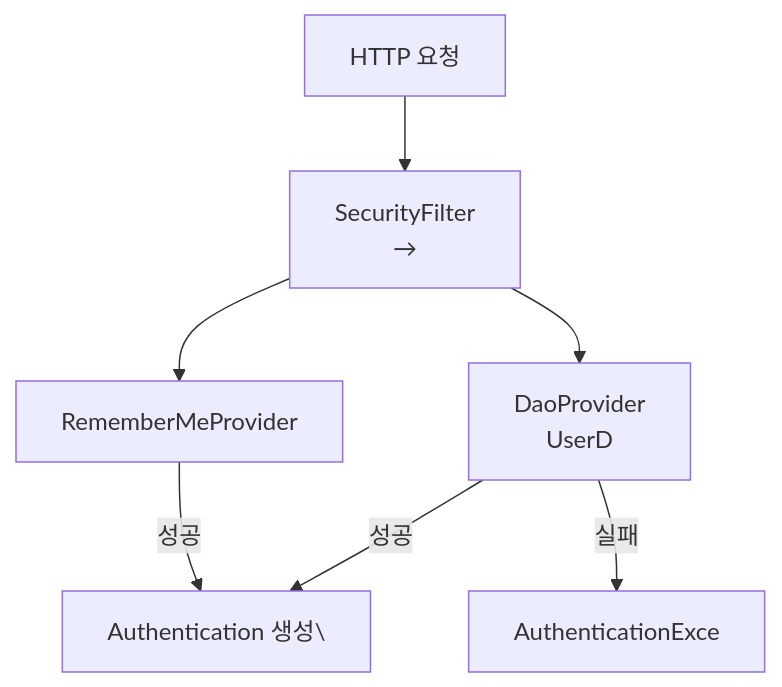
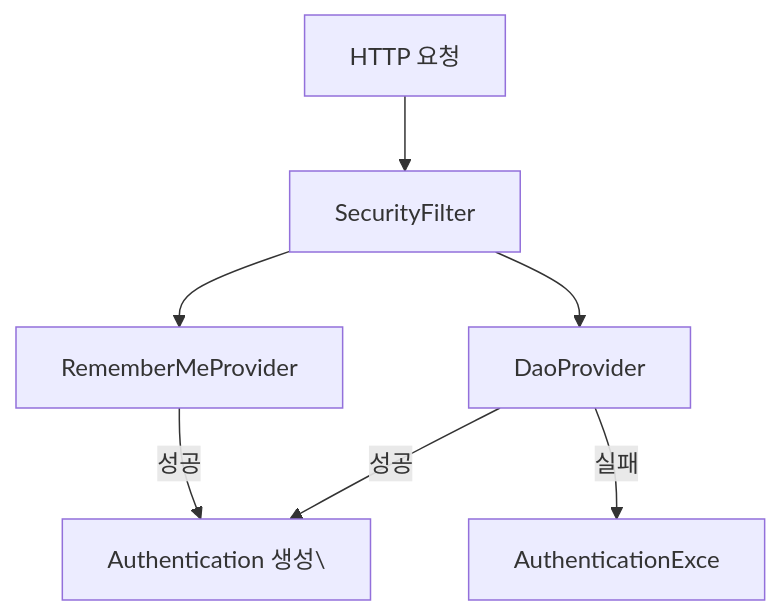
One commit to yjkim2015/yjkim2015.github.io changed the third of 3 diagrams in _posts/security/2021-06-06-AuthenticationManager.md. Above: the diagram before and after it, drawn with Mermaid. The commit also changed 217 other files, not shown here.

First line of the commit message:
Mermaid 크기 수정: useMaxWidth:true + SVG max-width:100% + 라벨 축소

````diff
--- a/_posts/security/2021-06-06-AuthenticationManager.md
+++ b/_posts/security/2021-06-06-AuthenticationManager.md
@@ -246,9 +246,9 @@
 ```mermaid
 flowchart TD
-    A["HTTP 요청"] --> B["SecurityFilter\n→"]
-    B --> C["DaoProvider\nUserD"]
+    A["HTTP 요청"] --> B["SecurityFilter"]
+    B --> C["DaoProvider"]
     B --> D["RememberMeProvider"]
     C -->|성공| E["Authentication 생성\"]
     C -->|실패| F["AuthenticationExce"]
     D -->|성공| E
 ```
````
